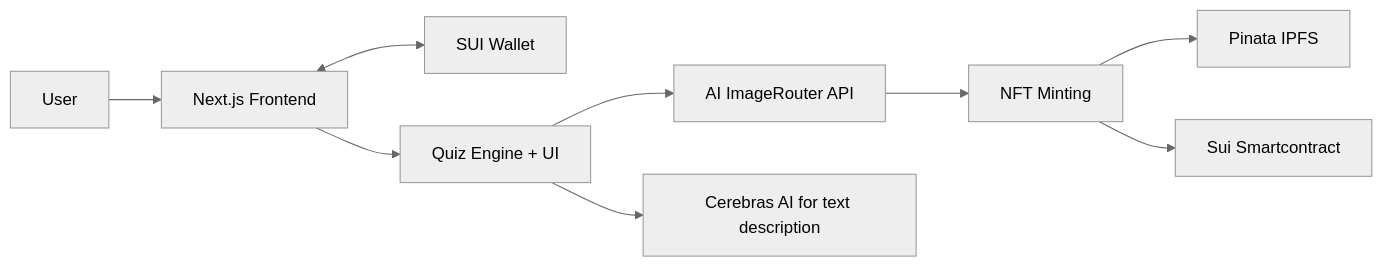
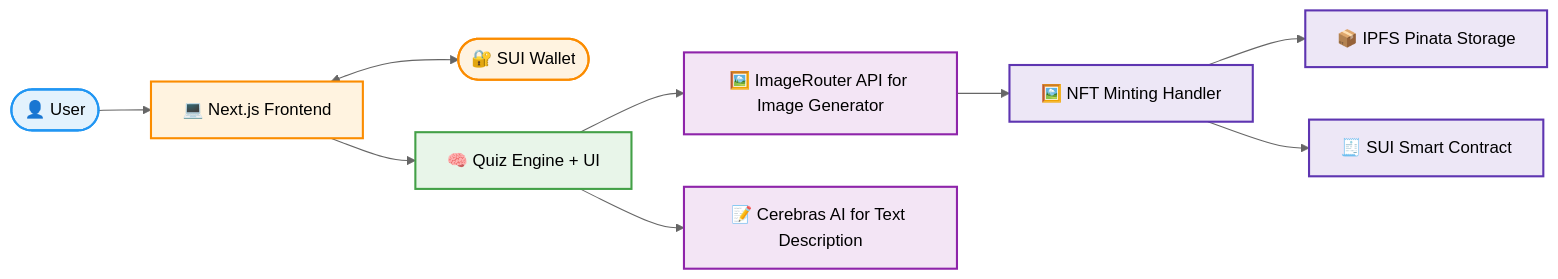
One commit to kenkreck1004/your-ai-cake changed the diagram in PITCHDECK.md. Above: the diagram before and after it, drawn with Mermaid (neutral theme).

````diff
--- a/PITCHDECK.md
+++ b/PITCHDECK.md
@@ -40,11 +40,26 @@
 ```mermaid
 graph LR
-    A[User] --> B[Next.js Frontend]
-    B <--> C[SUI Wallet]
-    B --> D[Quiz Engine + UI]
-    D --> E[AI ImageRouter API]
-    D --> F[Cerebras AI for text description]
-    E --> G[NFT Minting]
-    G --> H[Pinata IPFS]
-    G --> I[Sui Smartcontract]
+    A([👤 User]) --> B[💻 Next.js Frontend]
+    B <--> C([🔐 SUI Wallet])
+    B --> D[🧠 Quiz Engine + UI]
+    D --> E[🖼️ ImageRouter API for Image Generator]
+    D --> F[📝 Cerebras AI for Text Description]
+    E --> G[🖼️ NFT Minting Handler]
+    G --> H[📦 IPFS Pinata Storage]
+    G --> I[🧾 SUI Smart Contract]
+
+    %% Assign classes
+    class A user;
+    class B,C frontend;
+    class D quiz;
+    class E,F ai;
+    class G,H,I backend;
+
+    %% Define styles
+    classDef user fill:#e3f2fd,stroke:#2196f3,stroke-width:2px;
+    classDef frontend fill:#fff3e0,stroke:#fb8c00,stroke-width:2px;
+    classDef quiz fill:#e8f5e9,stroke:#43a047,stroke-width:2px;
+    classDef ai fill:#f3e5f5,stroke:#8e24aa,stroke-width:2px;
+    classDef backend fill:#ede7f6,stroke:#5e35b1,stroke-width:2px;
+
 ```
````
